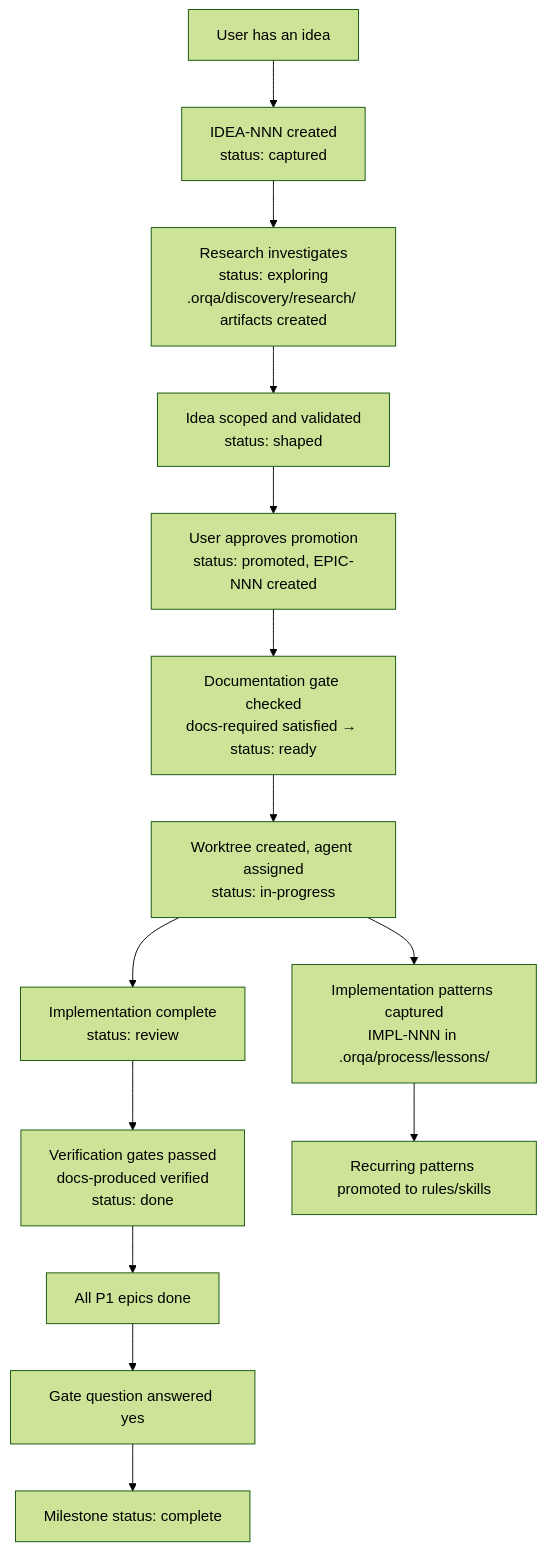
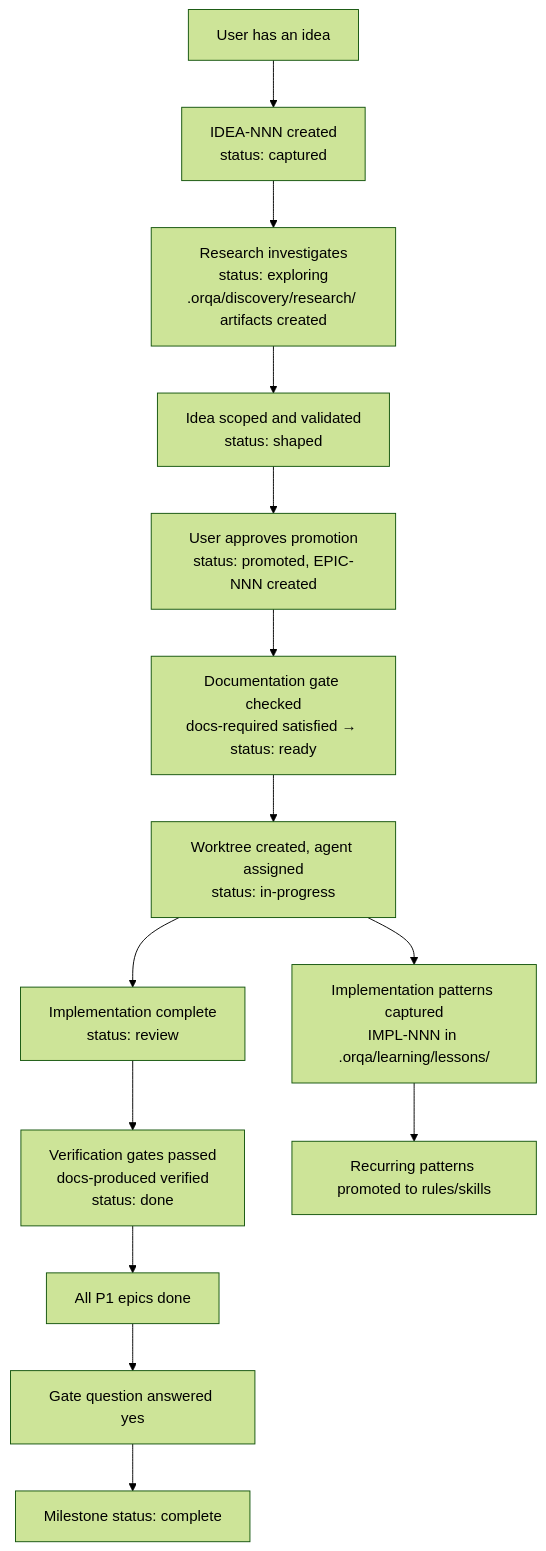
Before and after one commit to orqastudio/app: the diagram in .orqa/documentation/platform/DOC-f6c4ac69.md, drawn with Mermaid (forest theme). The commit also changed other lines of this file and 59 other files, not shown here.

First line of the commit message:
chore: Phase 2 artifact cleanup — architecture doc refresh

````diff
--- a/.orqa/documentation/platform/DOC-f6c4ac69.md
+++ b/.orqa/documentation/platform/DOC-f6c4ac69.md
@@ -32,27 +32,27 @@
 ```mermaid
 graph TD
     Idea["User has an idea"]
     Captured["IDEA-NNN created<br/>status: captured"]
     Exploring["Research investigates<br/>status: exploring<br/>.orqa/discovery/research/ artifacts created"]
     Shaped["Idea scoped and validated<br/>status: shaped"]
     Promoted["User approves promotion<br/>status: promoted, EPIC-NNN created"]
 
     DocGate["Documentation gate checked<br/>docs-required satisfied → status: ready"]
     InProgress["Worktree created, agent assigned<br/>status: in-progress"]
     Review["Implementation complete<br/>status: review"]
     Done["Verification gates passed<br/>docs-produced verified<br/>status: done"]
 
-    Lesson["Implementation patterns captured<br/>IMPL-NNN in .orqa/process/lessons/"]
+    Lesson["Implementation patterns captured<br/>IMPL-NNN in .orqa/learning/lessons/"]
     Promoted2["Recurring patterns promoted to rules/skills"]
 
     P1["All P1 epics done"]
     Gate["Gate question answered yes"]
     Complete["Milestone status: complete"]
 
     Idea --> Captured --> Exploring --> Shaped --> Promoted
     Promoted --> DocGate --> InProgress --> Review --> Done
 
     InProgress --> Lesson --> Promoted2
 
     Done --> P1 --> Gate --> Complete
 ```
````
